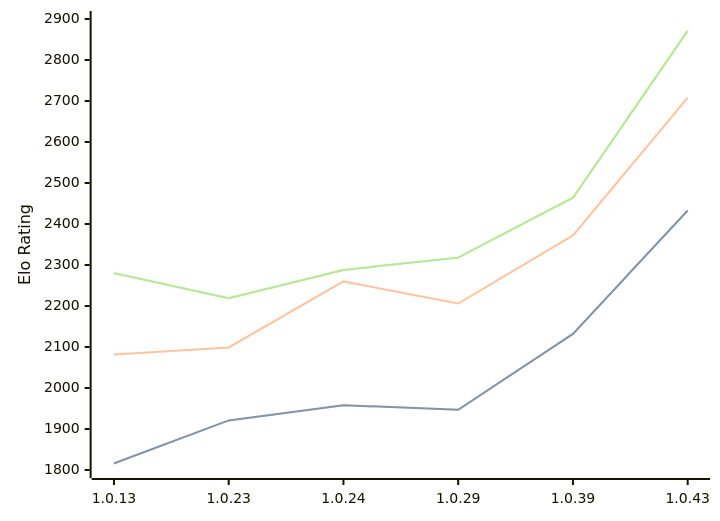
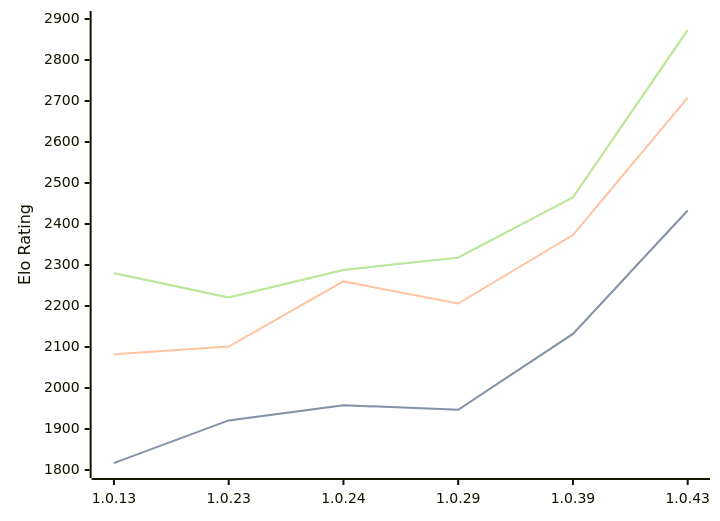
The diagram in engines/RustyRival.md (computer-chess-index/cci), drawn with Mermaid before and after one commit. The commit also changed other lines of this file, not shown here.

Commit message:
Update CCI Ratings (ELO VLTC) - 2026-05-15

````diff
--- a/engines/RustyRival.md
+++ b/engines/RustyRival.md
@@ -68,11 +68,11 @@
 ```mermaid
 %%{init: {"theme":"base","themeVariables":{"seriesColors:['#a3a3a3','#222221','#faa371']}}}%%
 xychart-beta
   x-axis ["1.0.13", "1.0.23", "1.0.24", "1.0.29", "1.0.39", "1.0.43"]
   y-axis "Elo Rating" 1800 --> 2900
-  line "STC (8.0+0.08s)" [1816, 1921, 1958, 1947, 2132, 2433]
-  line "STC (8.0+0.08s)" [1816, 1921, 1958, 1947, 2132, 2433]
-  line "LTC (60.0+0.60s)" [2082, 2099, 2260, 2206, 2372, 2708]
-  line "VLTC (2m24s+1.12s)" [2280, 2219, 2288, 2318, 2464, 2871]
-  line "VLTC (2m24s+1.12s)" [2280, 2219, 2288, 2318, 2464, 2871]
+  line "STC (8.0+0.08s)" [1817, 1921, 1958, 1947, 2132, 2433]
+  line "STC (8.0+0.08s)" [1817, 1921, 1958, 1947, 2132, 2433]
+  line "LTC (60.0+0.60s)" [2082, 2101, 2260, 2206, 2373, 2708]
+  line "VLTC (2m24s+1.12s)" [2280, 2221, 2288, 2318, 2465, 2873]
+  line "VLTC (2m24s+1.12s)" [2280, 2221, 2288, 2318, 2465, 2873]
 ```
````
